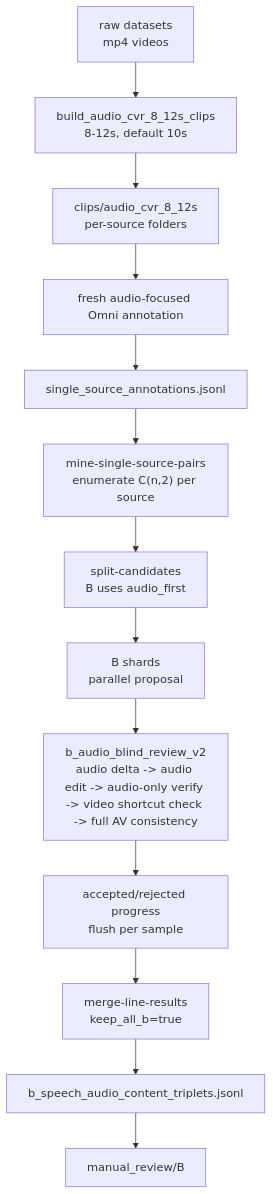
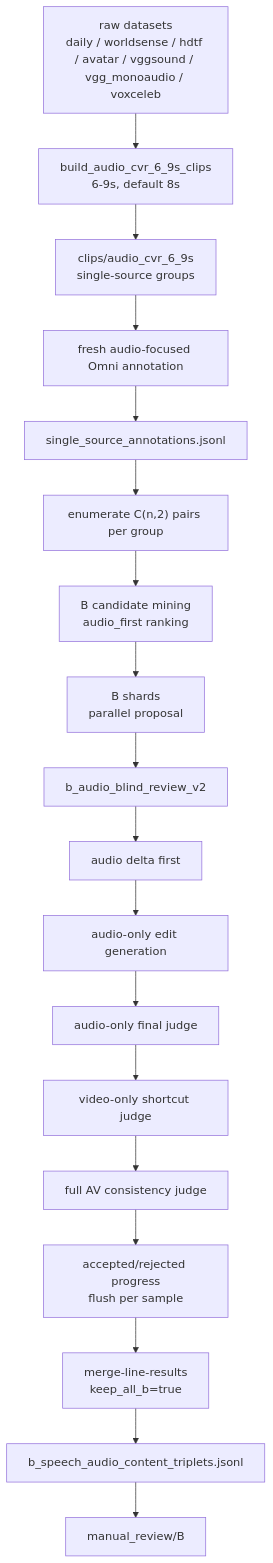
The diagram in doc/audio_lines_ab_flow_20260511.md (Seven-creater/cvr), drawn with Mermaid before and after one commit. The commit also changed other lines of this file and 4 other files, not shown here.

````diff
--- a/doc/audio_lines_ab_flow_20260511.md
+++ b/doc/audio_lines_ab_flow_20260511.md
@@ -88,15 +123,20 @@
 ```mermaid
 flowchart TD
-    A["raw datasets<br/>mp4 videos"] --> B["build_audio_cvr_8_12s_clips<br/>8-12s, default 10s"]
-    B --> C["clips/audio_cvr_8_12s<br/>per-source folders"]
+    A["raw datasets<br/>daily / worldsense / hdtf / avatar / vggsound / vgg_monoaudio / voxceleb"] --> B["build_audio_cvr_6_9s_clips<br/>6-9s, default 8s"]
+    B --> C["clips/audio_cvr_6_9s<br/>single-source groups"]
     C --> D["fresh audio-focused Omni annotation"]
     D --> E["single_source_annotations.jsonl"]
-    E --> F["mine-single-source-pairs<br/>enumerate C(n,2) per source"]
-    F --> G["split-candidates<br/>B uses audio_first"]
+    E --> F["enumerate C(n,2) pairs per group"]
+    F --> G["B candidate mining<br/>audio_first ranking"]
     G --> H["B shards<br/>parallel proposal"]
-    H --> I["b_audio_blind_review_v2<br/>audio delta -> audio edit -> audio-only verify -> video shortcut check -> full AV consistency"]
-    I --> J["accepted/rejected progress<br/>flush per sample"]
+    H --> I["b_audio_blind_review_v2"]
+    I --> I1["audio delta first"]
+    I1 --> I2["audio-only edit generation"]
+    I2 --> I3["audio-only final judge"]
+    I3 --> I4["video-only shortcut judge"]
+    I4 --> I5["full AV consistency judge"]
+    I5 --> J["accepted/rejected progress<br/>flush per sample"]
     J --> K["merge-line-results<br/>keep_all_b=true"]
     K --> L["b_speech_audio_content_triplets.jsonl"]
     L --> M["manual_review/B"]
 ```
````
